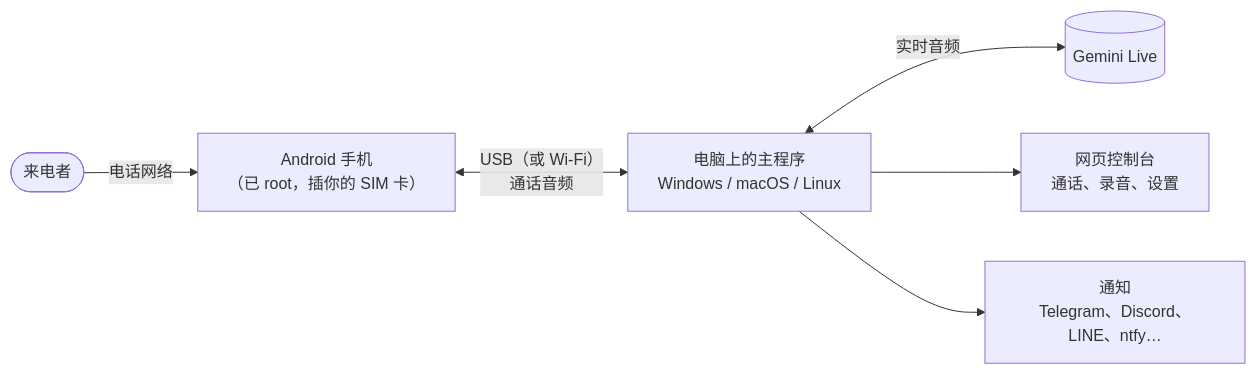
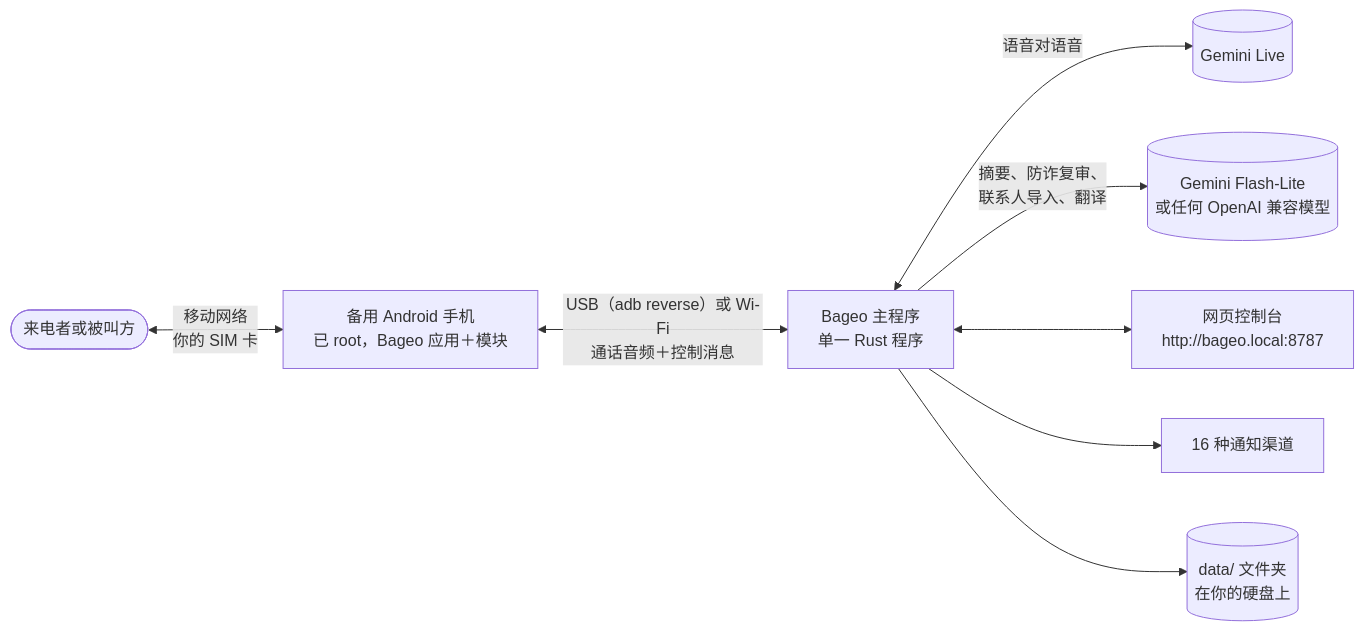
One commit to h4lo-void/bageo-call changed the first of 2 diagrams in README.zh-CN.md. Above: the diagram before and after it, drawn with Mermaid. The commit also changed other lines of this file and 47 other files, not shown here.

````diff
--- a/README.zh-CN.md
+++ b/README.zh-CN.md
@@ -18,8 +43,10 @@
 ```mermaid
 flowchart LR
-    caller(["来电者"]) -- "电话网络" --> phone["Android 手机<br/>（已 root，插你的 SIM 卡）"]
-    phone <-- "USB（或 Wi-Fi）<br/>通话音频" --> agent["电脑上的主程序<br/>Windows / macOS / Linux"]
-    agent <-- "实时音频" --> gemini[(Gemini Live)]
-    agent --> console["网页控制台<br/>通话、录音、设置"]
-    agent --> notify["通知<br/>Telegram、Discord、LINE、ntfy…"]
+    other(["来电者或被叫方"]) <-- "移动网络<br/>你的 SIM 卡" --> phone["备用 Android 手机<br/>已 root，Bageo 应用＋模块"]
+    phone <-- "USB（adb reverse）或 Wi-Fi<br/>通话音频＋控制消息" --> agent["Bageo 主程序<br/>单一 Rust 程序"]
+    agent <-- "语音对语音" --> gemini[("Gemini Live")]
+    agent -- "摘要、防诈复审、<br/>联系人导入、翻译" --> lite[("Gemini Flash-Lite<br/>或任何 OpenAI 兼容模型")]
+    agent <--> console["网页控制台<br/>http://bageo.local:8787"]
+    agent --> notify["16 种通知渠道"]
+    agent --> data[("data/ 文件夹<br/>在你的硬盘上")]
 ```
````
